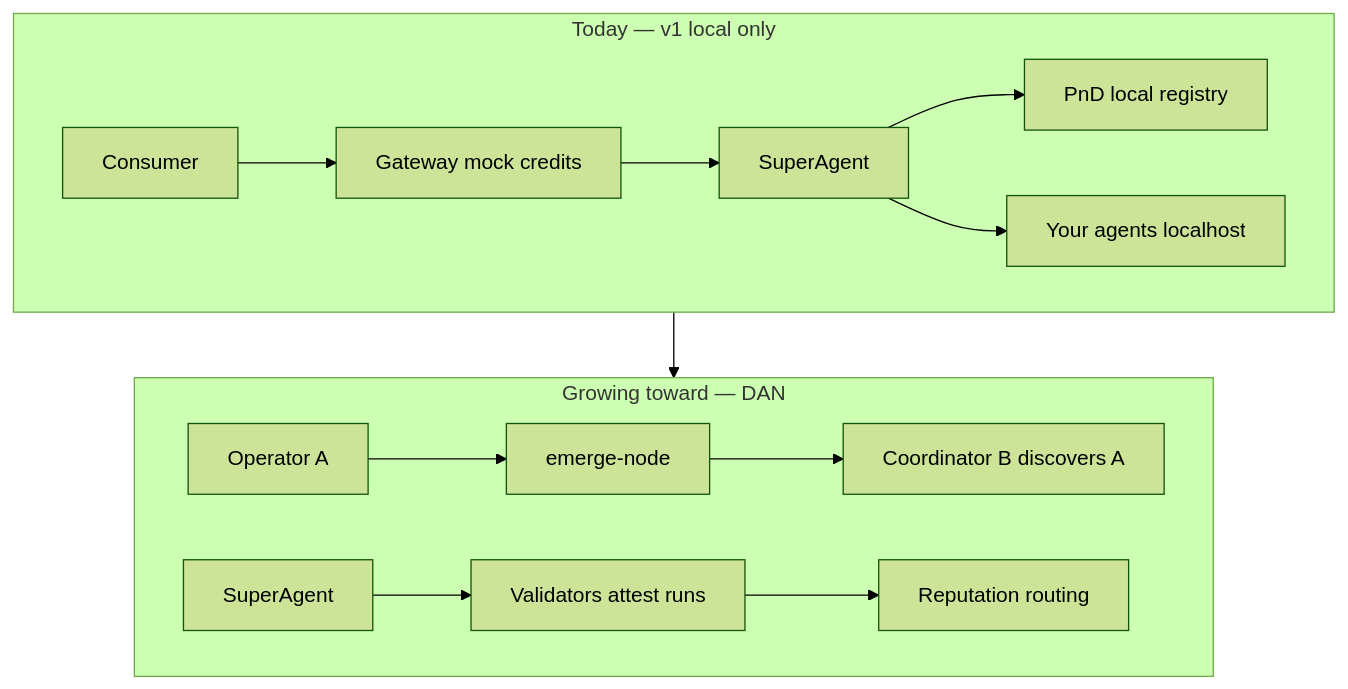
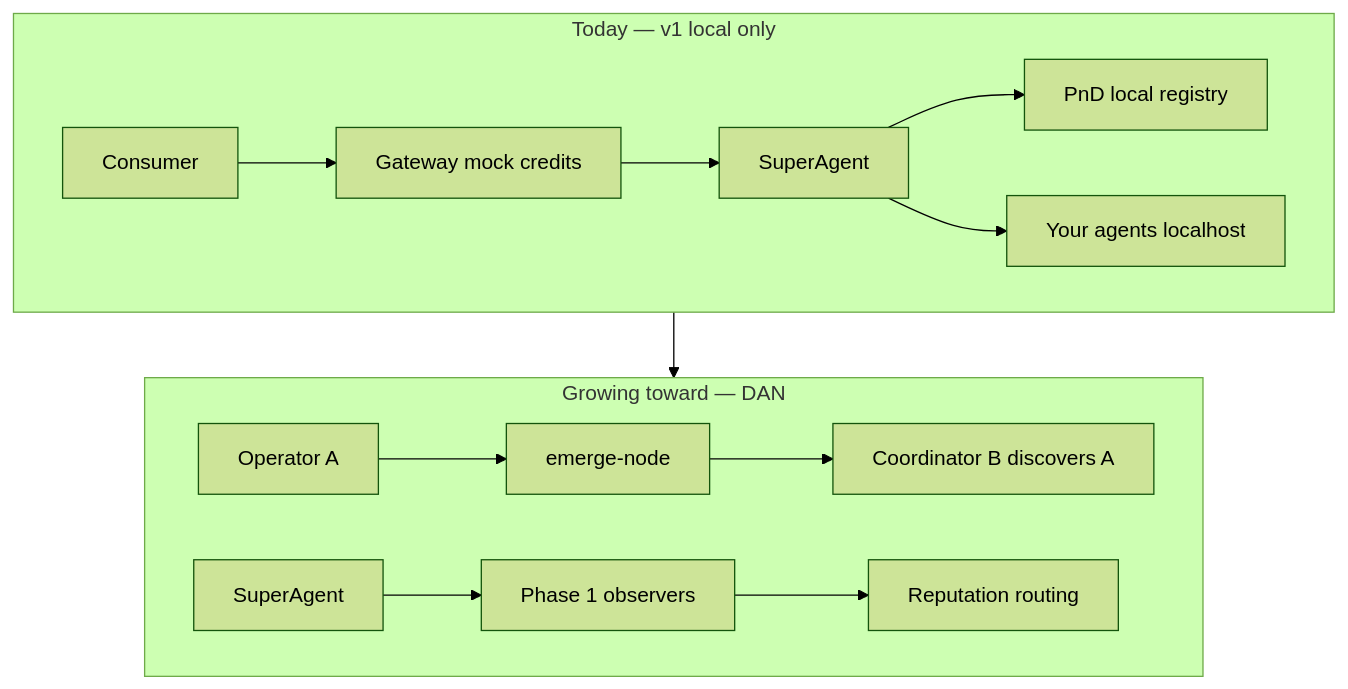
The second of 2 diagrams in docs/join.md (azank1/orcha), drawn with Mermaid (forest theme) before and after one commit. The commit also changed other lines of this file and 21 other files, not shown here.

````diff
--- a/docs/join.md
+++ b/docs/join.md
@@ -33,18 +33,18 @@
 ```mermaid
 flowchart TB
   subgraph today [Today — v1 local only]
     C1[Consumer] --> GW1[Gateway mock credits]
     GW1 --> SA1[SuperAgent]
     SA1 --> PnD1[PnD local registry]
     SA1 --> A_local[Your agents localhost]
   end
 
   subgraph future [Growing toward — DAN]
     OpA[Operator A] --> NodeA[emerge-node]
     NodeA --> CoordB[Coordinator B discovers A]
-    SA2[SuperAgent] --> Val[Validators attest runs]
+    SA2[SuperAgent] --> Val[Phase 1 observers]
     Val --> Rep[Reputation routing]
   end
 
   today --> future
 ```
````
